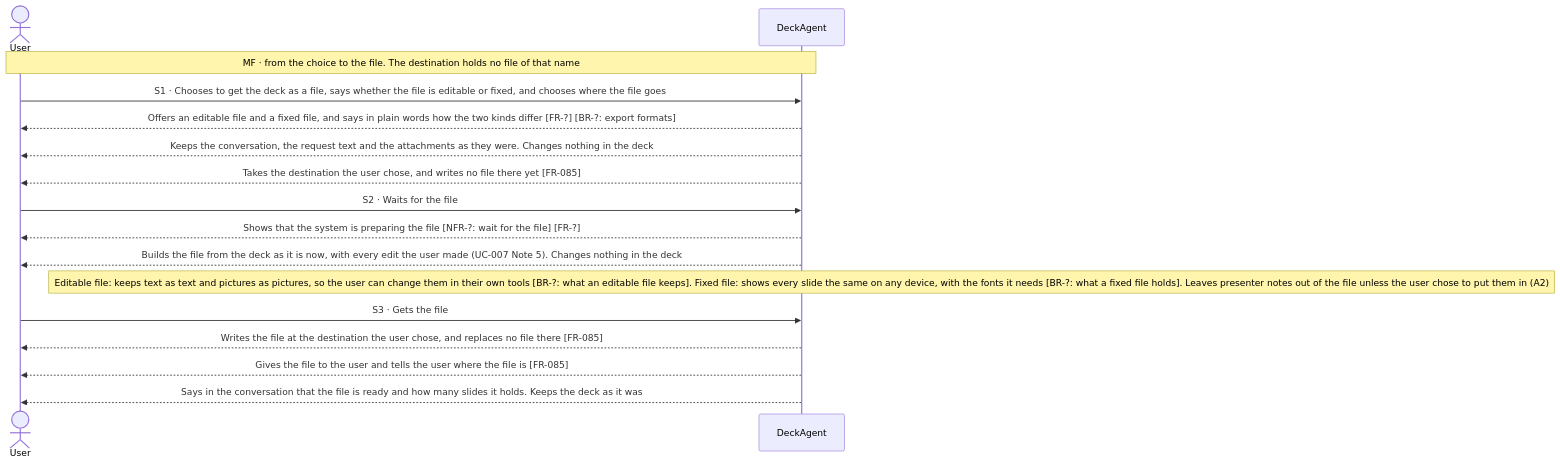
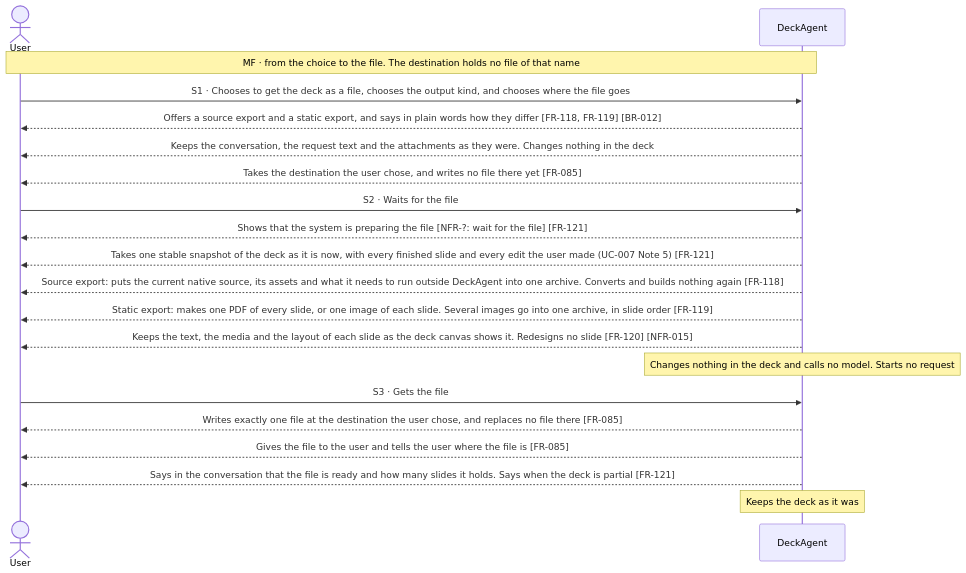
Before and after one commit to Luke23127006/DeckAgent: the first of 11 diagrams in docs/spec/03-use-cases/UC-004.md, drawn with Mermaid. The commit also changed other lines of this file and 25 other files, not shown here.

First line of the commit message:
docs(spec): add generation format confirmation and deck export rules

````diff
--- a/docs/spec/03-use-cases/UC-004.md
+++ b/docs/spec/03-use-cases/UC-004.md
@@ -40,18 +42,22 @@
 ```mermaid
 sequenceDiagram
     actor User
     participant DeckAgent
     Note over User,DeckAgent: MF · from the choice to the file. The destination holds no file of that name
-    User->>DeckAgent: S1 · Chooses to get the deck as a file, says whether the file is editable or fixed, and chooses where the file goes
-    DeckAgent-->>User: Offers an editable file and a fixed file, and says in plain words how the two kinds differ [FR-?] [BR-?: export formats]
+    User->>DeckAgent: S1 · Chooses to get the deck as a file, chooses the output kind, and chooses where the file goes
+    DeckAgent-->>User: Offers a source export and a static export, and says in plain words how they differ [FR-118, FR-119] [BR-012]
     DeckAgent-->>User: Keeps the conversation, the request text and the attachments as they were. Changes nothing in the deck
     DeckAgent-->>User: Takes the destination the user chose, and writes no file there yet [FR-085]
     User->>DeckAgent: S2 · Waits for the file
-    DeckAgent-->>User: Shows that the system is preparing the file [NFR-?: wait for the file] [FR-?]
-    DeckAgent-->>User: Builds the file from the deck as it is now, with every edit the user made (UC-007 Note 5). Changes nothing in the deck
-    note over DeckAgent: Editable file: keeps text as text and pictures as pictures, so the user can change them in their own tools [BR-?: what an editable file keeps]. Fixed file: shows every slide the same on any device, with the fonts it needs [BR-?: what a fixed file holds]. Leaves presenter notes out of the file unless the user chose to put them in (A2)
+    DeckAgent-->>User: Shows that the system is preparing the file [NFR-?: wait for the file] [FR-121]
+    DeckAgent-->>User: Takes one stable snapshot of the deck as it is now, with every finished slide and every edit the user made (UC-007 Note 5) [FR-121]
+    DeckAgent-->>User: Source export: puts the current native source, its assets and what it needs to run outside DeckAgent into one archive. Converts and builds nothing again [FR-118]
+    DeckAgent-->>User: Static export: makes one PDF of every slide, or one image of each slide. Several images go into one archive, in slide order [FR-119]
+    DeckAgent-->>User: Keeps the text, the media and the layout of each slide as the deck canvas shows it. Redesigns no slide [FR-120] [NFR-015]
+    note over DeckAgent: Changes nothing in the deck and calls no model. Starts no request
     User->>DeckAgent: S3 · Gets the file
-    DeckAgent-->>User: Writes the file at the destination the user chose, and replaces no file there [FR-085]
+    DeckAgent-->>User: Writes exactly one file at the destination the user chose, and replaces no file there [FR-085]
     DeckAgent-->>User: Gives the file to the user and tells the user where the file is [FR-085]
-    DeckAgent-->>User: Says in the conversation that the file is ready and how many slides it holds. Keeps the deck as it was
+    DeckAgent-->>User: Says in the conversation that the file is ready and how many slides it holds. Says when the deck is partial [FR-121]
+    note over DeckAgent: Keeps the deck as it was
 ```
````
